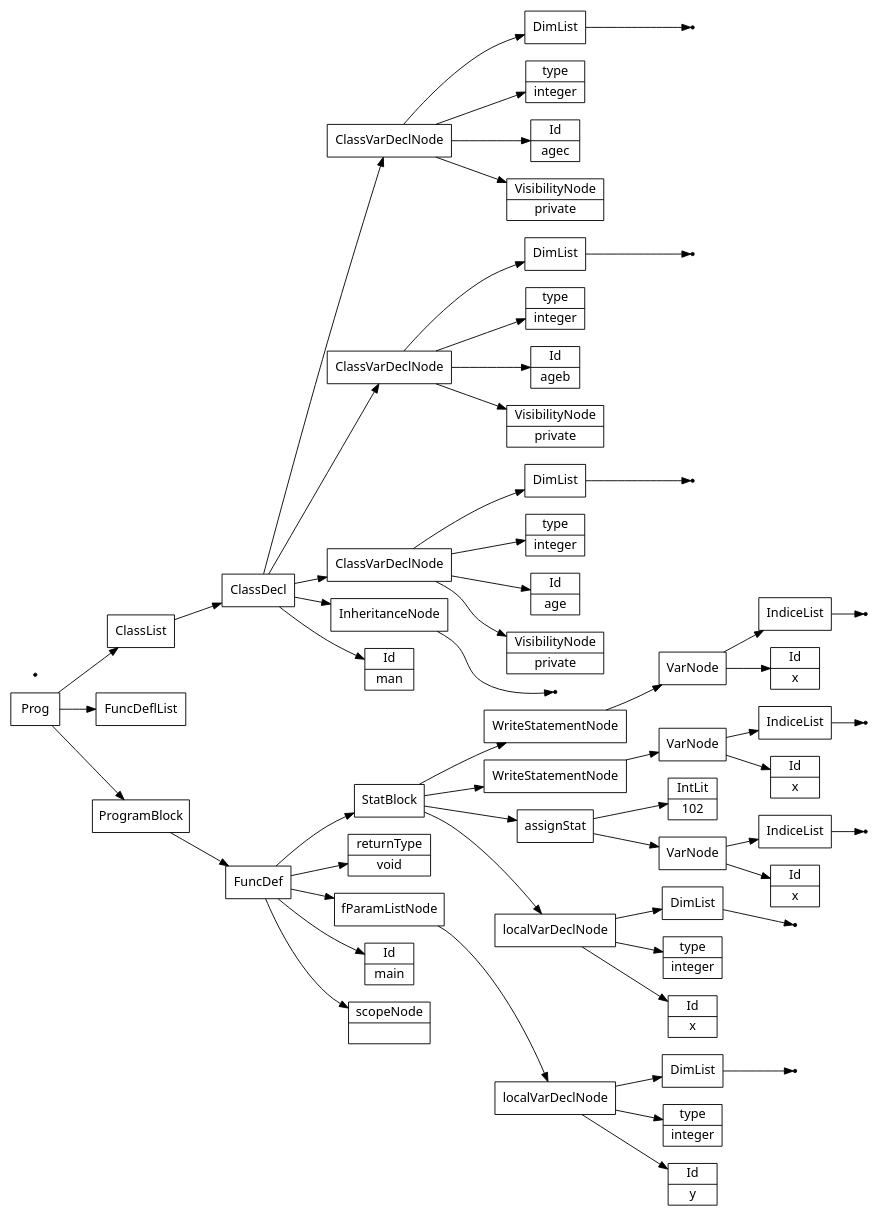
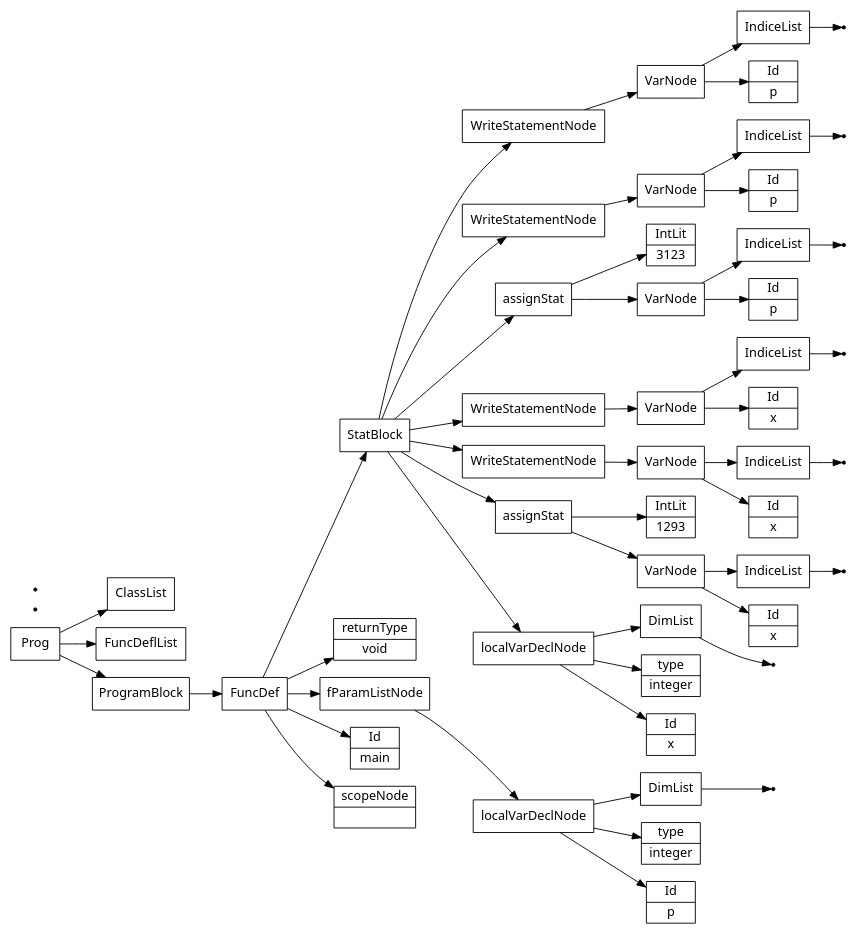
The diagram in files/semantictests/testc.src.ast.dot (Saf1u/Kompiler), drawn with Graphviz before and after one commit. The commit also changed 7 other files, not shown here.

```diff
--- a/files/semantictests/testc.src.ast.dot
+++ b/files/semantictests/testc.src.ast.dot
@@ -1,120 +1,109 @@
 digraph AST {
 node [shape=record];
  node [fontname=Sans];charset="UTF-8" splines=true splines=spline rankdir =LR ordering="out"
 1[label="scopeNode| "];
-3[label="Id|y"];
+3[label="Id|p"];
 4[label="type|integer"];
 none6[shape="point"];
 7[label="DimList"];
 7->none6;
 8[label="localVarDeclNode"];
 8->7;
 8->4;
 8->3;
 9[label="fParamListNode"];
 9->8;
 10[label="returnType|void"];
 12[label="Id|x"];
 13[label="type|integer"];
 none15[shape="point"];
 16[label="DimList"];
 16->none15;
 17[label="localVarDeclNode"];
 17->16;
 17->13;
 17->12;
 18[label="Id|x"];
 none20[shape="point"];
 21[label="IndiceList"];
 21->none20;
 22[label="VarNode"];
 22->21;
 22->18;
-23[label="IntLit|102"];
+23[label="IntLit|1293"];
 24[label="assignStat"];
 24->23;
 24->22;
 25[label="Id|x"];
 none27[shape="point"];
 28[label="IndiceList"];
 28->none27;
 29[label="VarNode"];
 29->28;
 29->25;
 30[label="WriteStatementNode"];
 30->29;
 31[label="Id|x"];
 none33[shape="point"];
 34[label="IndiceList"];
 34->none33;
 35[label="VarNode"];
 35->34;
 35->31;
 36[label="WriteStatementNode"];
 36->35;
-37[label="StatBlock"];
-37->36;
-37->30;
-37->24;
-37->17;
-38[label="FuncDef"];
+37[label="Id|p"];
+none39[shape="point"];
+40[label="IndiceList"];
+40->none39;
+41[label="VarNode"];
+41->40;
+41->37;
+42[label="IntLit|3123"];
+43[label="assignStat"];
+43->42;
+43->41;
+44[label="Id|p"];
+none46[shape="point"];
+47[label="IndiceList"];
+47->none46;
+48[label="VarNode"];
+48->47;
+48->44;
+49[label="WriteStatementNode"];
+49->48;
+50[label="Id|p"];
+none52[shape="point"];
+53[label="IndiceList"];
+53->none52;
+54[label="VarNode"];
+54->53;
+54->50;
+55[label="WriteStatementNode"];
+55->54;
+56[label="StatBlock"];
+56->55;
+56->49;
+56->43;
+56->36;
+56->30;
+56->24;
+56->17;
+57[label="FuncDef"];
 0[label="Id|main"];
-38->37;
-38->10;
-38->9;
-38->0;
-38->1;
-39[label="Id|man"];
-none41[shape="point"];
-42[label="InheritanceNode"];
-42->none41;
-43[label="VisibilityNode|private"];
-44[label="Id|age"];
-45[label="type|integer"];
-none47[shape="point"];
-48[label="DimList"];
-48->none47;
-49[label="ClassVarDeclNode"];
-49->48;
-49->45;
-49->44;
-49->43;
-50[label="VisibilityNode|private"];
-51[label="Id|ageb"];
-52[label="type|integer"];
-none54[shape="point"];
-55[label="DimList"];
-55->none54;
-56[label="ClassVarDeclNode"];
-56->55;
-56->52;
-56->51;
-56->50;
-57[label="VisibilityNode|private"];
-58[label="Id|agec"];
-59[label="type|integer"];
-none61[shape="point"];
-62[label="DimList"];
-62->none61;
-63[label="ClassVarDeclNode"];
-63->62;
-63->59;
-63->58;
-63->57;
-64[label="ClassDecl"];
-64->63;
-64->56;
-64->49;
-64->42;
-64->39;
-65[label="ClassList"];
-66[label="FuncDeflList"];
-67[label="Prog"];
-68[label="ProgramBlock"];
-65->64;
-68->38;
-none69[shape="point"];
-67->65;
-67->66;
-67->68;
+57->56;
+57->10;
+57->9;
+57->0;
+57->1;
+58[label="ClassList"];
+59[label="FuncDeflList"];
+60[label="Prog"];
+61[label="ProgramBlock"];
+61->57;
+none62[shape="point"];
+none63[shape="point"];
+60->58;
+60->59;
+60->61;
 }
```
